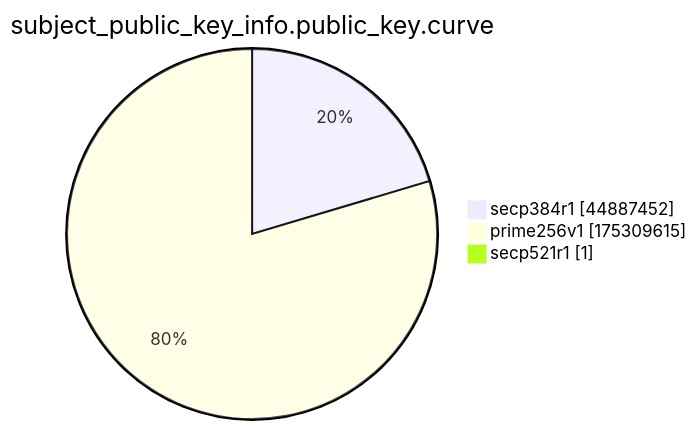
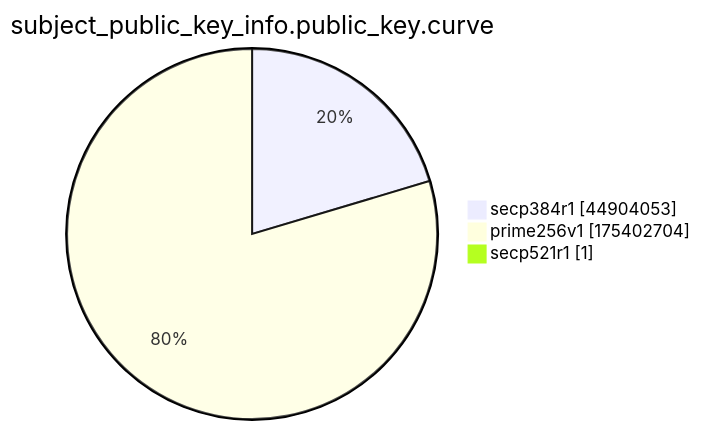
Before and after one commit to christiankrug/ctmonitor_visualization: the ninth of 15 diagrams in xenon2022/README.md, drawn with Mermaid. The commit also changed other lines of this file, not shown here.

````diff
--- a/xenon2022/README.md
+++ b/xenon2022/README.md
@@ -2872,7 +2872,7 @@
 ```mermaid
 pie showData
 title subject_public_key_info.public_key.curve
-"secp384r1" :44887452
-"prime256v1" :175309615
+"secp384r1" :44904053
+"prime256v1" :175402704
 "secp521r1" :1
 ```
````
